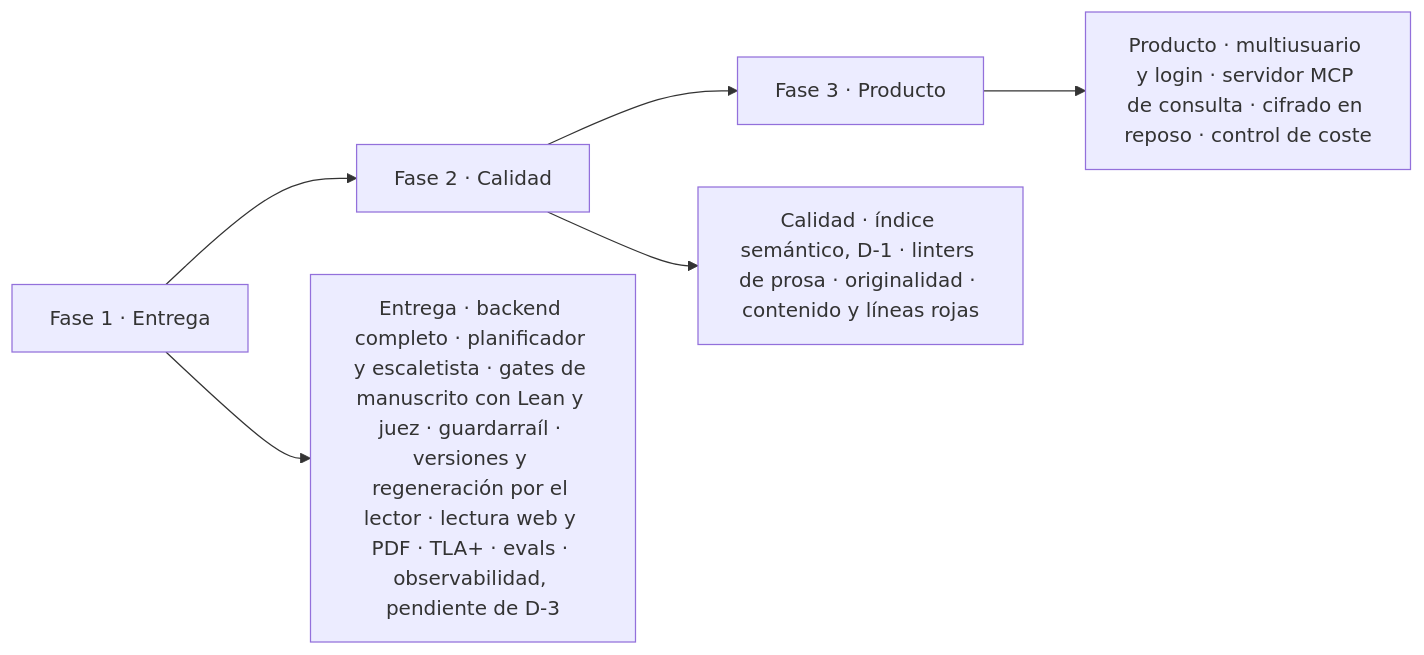
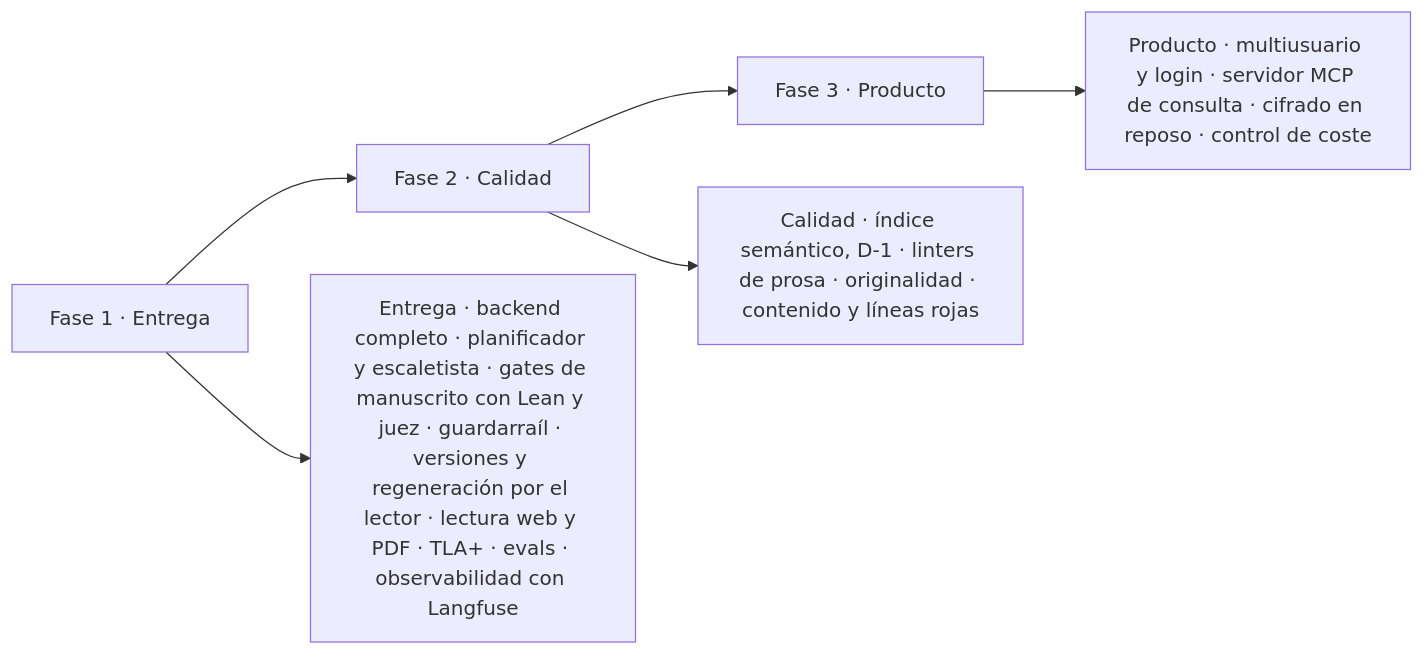
Before and after one commit to Asieribarz/my-story-marker: the tenth of 10 diagrams in docs/architecture.md, drawn with Mermaid. The commit also changed other lines of this file and 160 other files, not shown here.

````diff
--- a/docs/architecture.md
+++ b/docs/architecture.md
@@ -732,7 +749,7 @@
 ```mermaid
 flowchart LR
   F1["Fase 1 · Entrega"] --> F2["Fase 2 · Calidad"] --> F3["Fase 3 · Producto"]
-  F1 --> F1a["Entrega · backend completo · planificador y escaletista · gates de manuscrito con Lean y juez · guardarraíl · versiones y regeneración por el lector · lectura web y PDF · TLA+ · evals · observabilidad, pendiente de D-3"]
+  F1 --> F1a["Entrega · backend completo · planificador y escaletista · gates de manuscrito con Lean y juez · guardarraíl · versiones y regeneración por el lector · lectura web y PDF · TLA+ · evals · observabilidad con Langfuse"]
   F2 --> F2a["Calidad · índice semántico, D-1 · linters de prosa · originalidad · contenido y líneas rojas"]
   F3 --> F3a["Producto · multiusuario y login · servidor MCP de consulta · cifrado en reposo · control de coste"]
 ```
````
